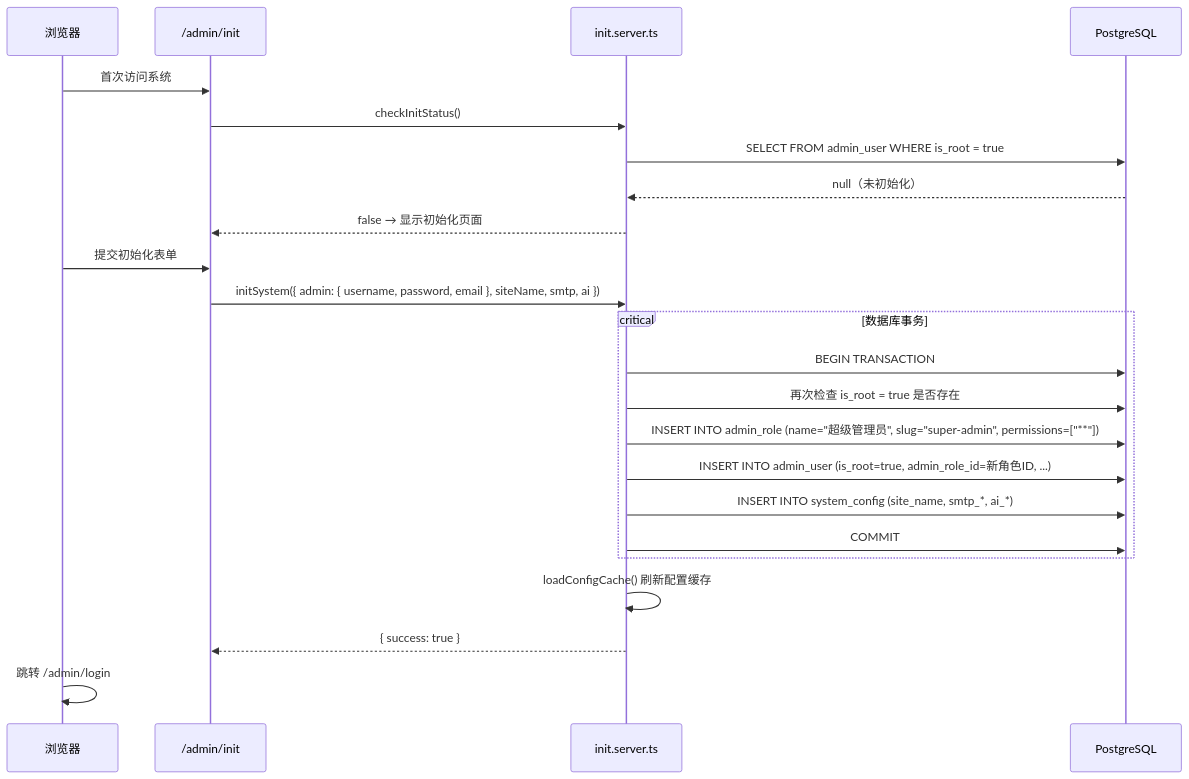
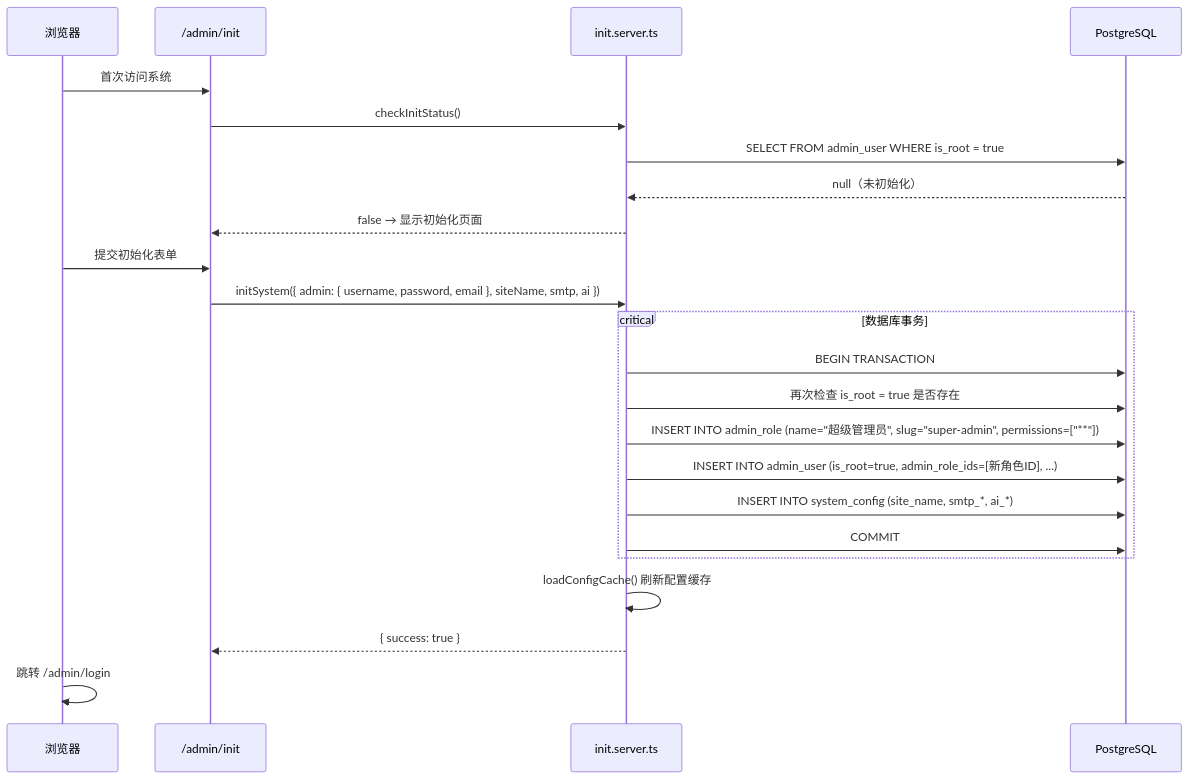
Before and after one commit to easyx-dev/fsdx: the sixth of 6 diagrams in docs/auth-permission-model.md, drawn with Mermaid. The commit also changed other lines of this file and 20 other files, not shown here.

````diff
--- a/docs/auth-permission-model.md
+++ b/docs/auth-permission-model.md
@@ -473,29 +438,29 @@
 ```mermaid
 sequenceDiagram
     participant Browser as 浏览器
     participant InitPage as /admin/init
     participant InitServer as init.server.ts
     participant DB as PostgreSQL
 
     Browser->>InitPage: 首次访问系统
     InitPage->>InitServer: checkInitStatus()
     InitServer->>DB: SELECT FROM admin_user WHERE is_root = true
     DB-->>InitServer: null（未初始化）
     InitServer-->>InitPage: false → 显示初始化页面
 
     Browser->>InitPage: 提交初始化表单
     InitPage->>InitServer: initSystem({ admin: { username, password, email }, siteName, smtp, ai })
 
     critical 数据库事务
         InitServer->>DB: BEGIN TRANSACTION
         InitServer->>DB: 再次检查 is_root = true 是否存在
         InitServer->>DB: INSERT INTO admin_role (name="超级管理员", slug="super-admin", permissions=["**"])
-        InitServer->>DB: INSERT INTO admin_user (is_root=true, admin_role_id=新角色ID, ...)
+        InitServer->>DB: INSERT INTO admin_user (is_root=true, admin_role_ids=[新角色ID], ...)
         InitServer->>DB: INSERT INTO system_config (site_name, smtp_*, ai_*)
         InitServer->>DB: COMMIT
     end
 
     InitServer->>InitServer: loadConfigCache() 刷新配置缓存
     InitServer-->>InitPage: { success: true }
     Browser->>Browser: 跳转 /admin/login
 ```
````
